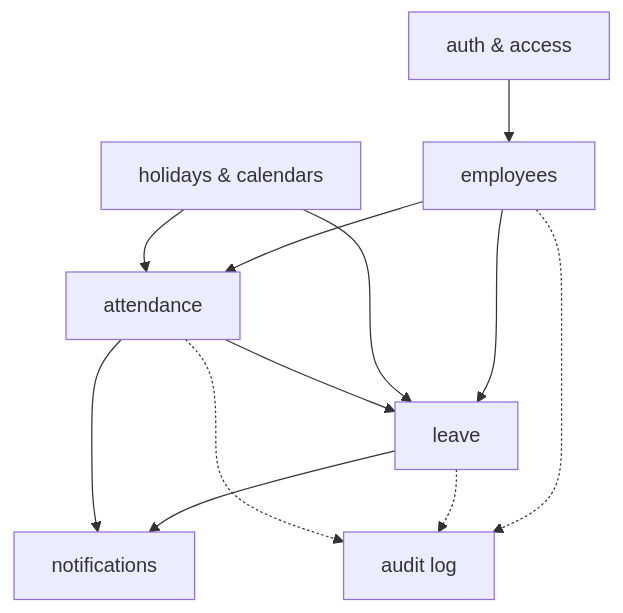
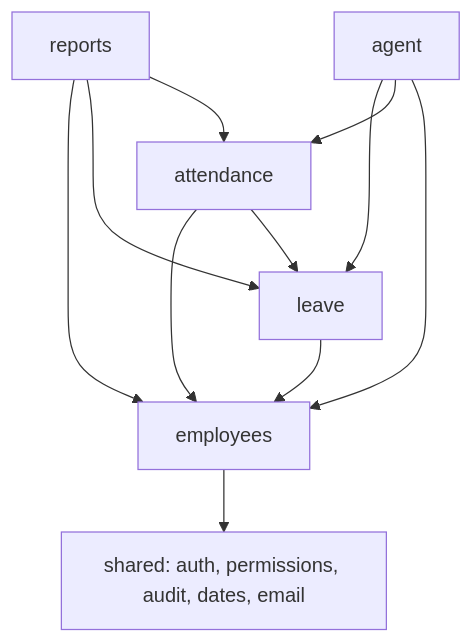
One commit to josejrestrada/HRMS changed the second of 3 diagrams in ARCHITECTURE.md. Above: the diagram before and after it, drawn with Mermaid. The commit also changed other lines of this file and 2 other files, not shown here.

Commit message:
Add CLAUDE.md, align ARCHITECTURE.md to Next.js/Supabase/Clerk stack, add decision log

````diff
--- a/ARCHITECTURE.md
+++ b/ARCHITECTURE.md
@@ -58,15 +72,14 @@
 ```mermaid
 flowchart TD
-    AUTH[auth & access] --> EMP[employees]
-    EMP --> LEAVE[leave]
-    EMP --> ATT[attendance]
-    HOL[holidays & calendars] --> LEAVE
-    HOL --> ATT
+    SH[shared: auth, permissions, audit, dates, email]
+    EMP[employees] --> SH
+    LEAVE[leave] --> EMP
+    ATT[attendance] --> EMP
     ATT --> LEAVE
-    LEAVE --> NOTIF[notifications]
-    ATT --> NOTIF
-    AUDIT[audit log]
-    EMP -.-> AUDIT
-    LEAVE -.-> AUDIT
-    ATT -.-> AUDIT
+    REP[reports] --> EMP
+    REP --> LEAVE
+    REP --> ATT
+    AG[agent] --> LEAVE
+    AG --> ATT
+    AG --> EMP
 ```
````
